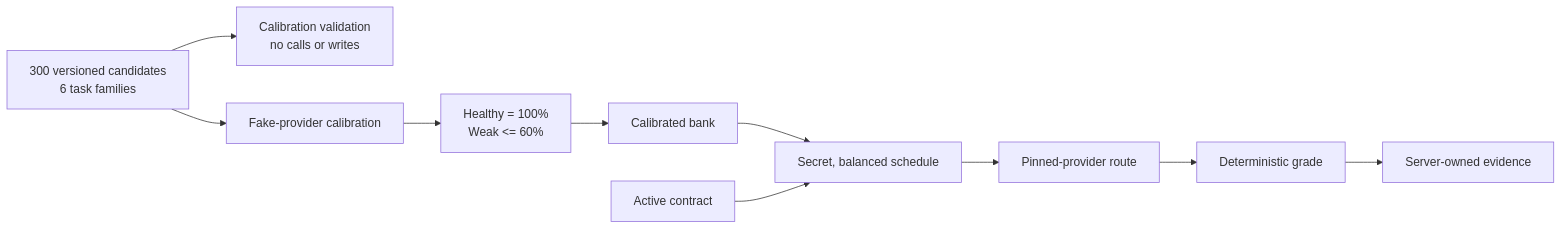
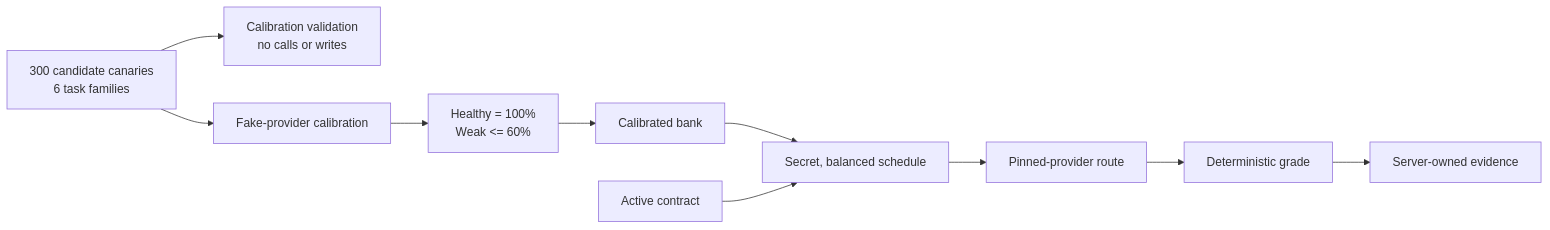
One commit to farcypeer46/gpsaggese.github.io changed the diagram in research/Noesis/docs/run_model_qos_demo.how_to_guide.md. Above: the diagram before and after it, drawn with Mermaid. The commit also changed other lines of this file and 3 other files, not shown here.

Commit message:
UmdTask689: Clarify candidate canary terminology

````diff
--- a/research/Noesis/docs/run_model_qos_demo.how_to_guide.md
+++ b/research/Noesis/docs/run_model_qos_demo.how_to_guide.md
@@ -10,12 +10,12 @@
 ```mermaid
 flowchart LR
-    bank["300 versioned candidates<br/>6 task families"] --> dry["Calibration validation<br/>no calls or writes"]
+    bank["300 candidate canaries<br/>6 task families"] --> dry["Calibration validation<br/>no calls or writes"]
     bank --> fake["Fake-provider calibration"]
     fake --> gate["Healthy = 100%<br/>Weak <= 60%"]
     gate --> active["Calibrated bank"]
     active --> schedule["Secret, balanced schedule"]
     contract["Active contract"] --> schedule
     schedule --> route["Pinned-provider route"]
     route --> grade["Deterministic grade"]
     grade --> evidence["Server-owned evidence"]
 ```
````
